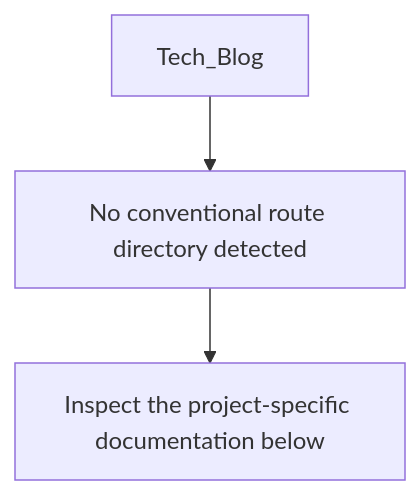
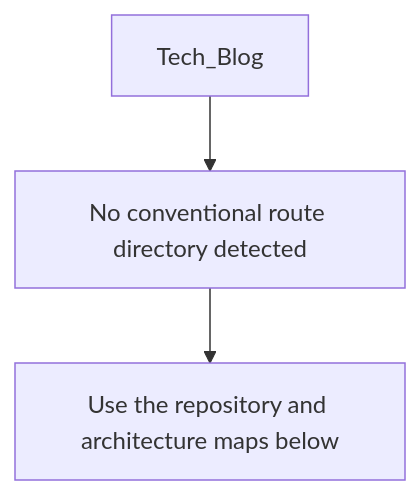
One commit to Nischhalsubba/Tech_Blog changed the second of 6 diagrams in README.md. Above: the diagram before and after it, drawn with Mermaid. The commit also changed other lines of this file, not shown here.

````diff
--- a/README.md
+++ b/README.md
@@ -43,6 +72,6 @@
 ```mermaid
 flowchart TD
     APP["Tech_Blog"]
     APP --> SOURCE["No conventional route directory detected"]
-    SOURCE --> VERIFY["Inspect the project-specific documentation below"]
+    SOURCE --> GUIDE["Use the repository and architecture maps below"]
 ```
````
